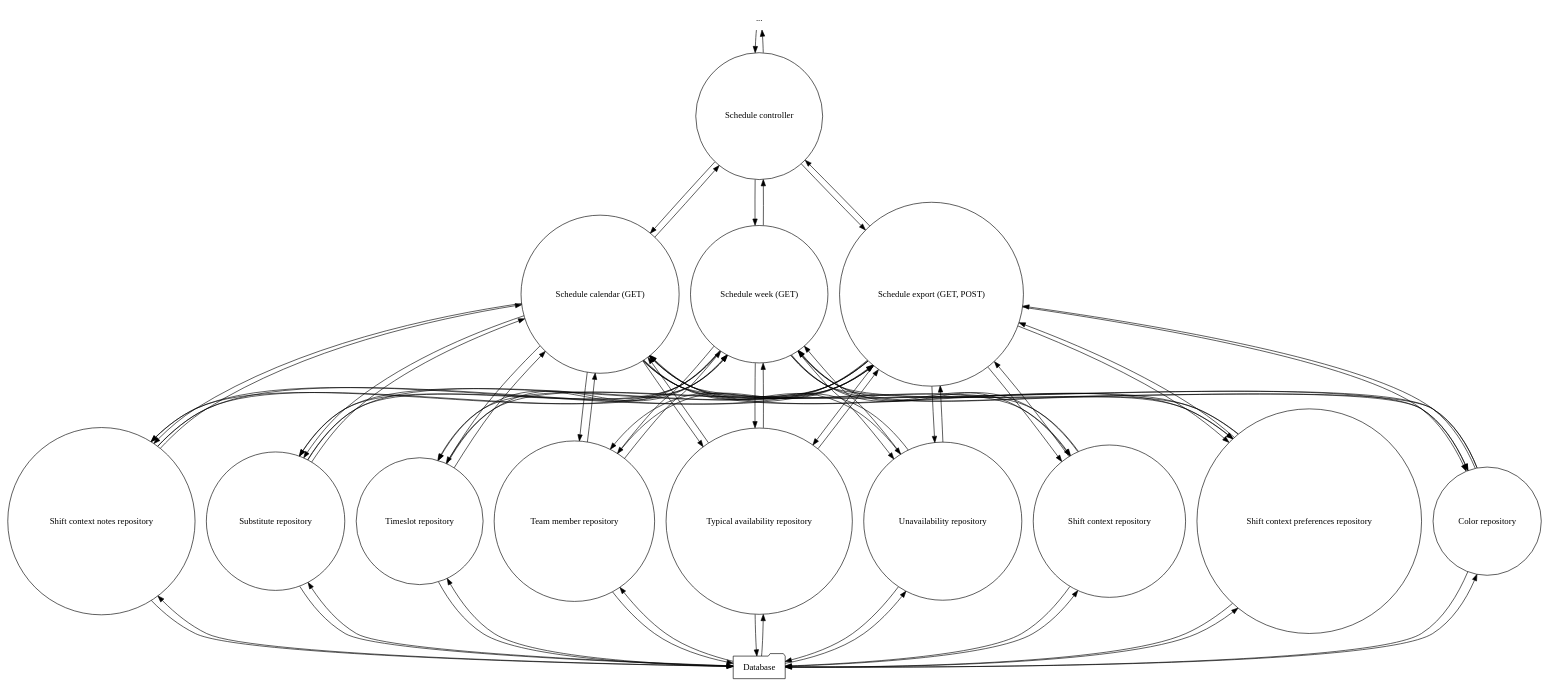
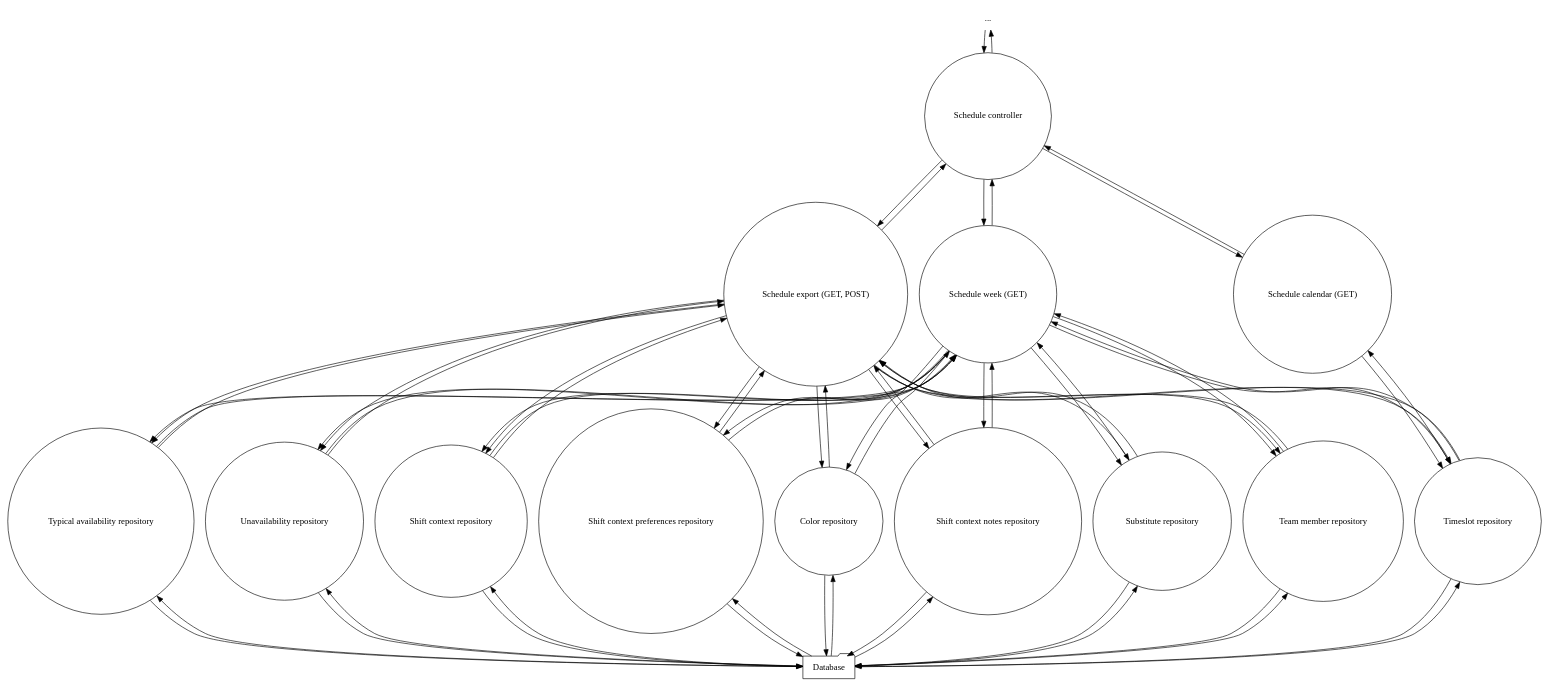
Before and after one commit to luke-hamann/stc-cis-248: the diagram in docs/data_flow_diagrams/level_3.10_schedule.dot, drawn with Graphviz.

```diff
--- a/docs/data_flow_diagrams/level_3.10_schedule.dot
+++ b/docs/data_flow_diagrams/level_3.10_schedule.dot
@@ -1,73 +1,75 @@
 digraph data_flow_diagram {
     node [ shape = circle ]
     
     "..." [ shape = none ]
     
     "..." -> "Schedule controller" -> "..."
 
     subgraph actions {
         rank = same
         
         "Schedule calendar (GET)"
         "Schedule week (GET)"
         "Schedule export (GET, POST)"
     }
     
     "Schedule controller" -> {
         "Schedule calendar (GET)"
         "Schedule week (GET)"
         "Schedule export (GET, POST)"
     } -> "Schedule controller"
     
     subgraph repositories {
         rank = same
         
         "Team member repository"
         "Typical availability repository"
         "Unavailability repository"
         "Shift context repository"
         "Shift context preferences repository"
         "Color repository"
         "Shift context notes repository"
         "Substitute repository"
         "Timeslot repository"
     }
     
+    "Schedule calendar (GET)" -> {
+        "Timeslot repository"
+    } -> "Schedule calendar (GET)"
+    
     {
-        "Schedule calendar (GET)"
         "Schedule week (GET)"
         "Schedule export (GET, POST)"
     }
     ->
     {
         "Team member repository"
         "Typical availability repository"
         "Unavailability repository"
         "Shift context repository"
         "Shift context preferences repository"
         "Color repository"
         "Shift context notes repository"
         "Substitute repository"
         "Timeslot repository"
     }
     ->
     {
-        "Schedule calendar (GET)"
         "Schedule week (GET)"
         "Schedule export (GET, POST)"
     }
     
     Database [ shape = folder ]
     
     Database -> {
         "Team member repository"
         "Typical availability repository"
         "Unavailability repository"
         "Shift context repository"
         "Shift context preferences repository"
         "Color repository"
         "Shift context notes repository"
         "Substitute repository"
         "Timeslot repository"
     } -> Database
 }
```
